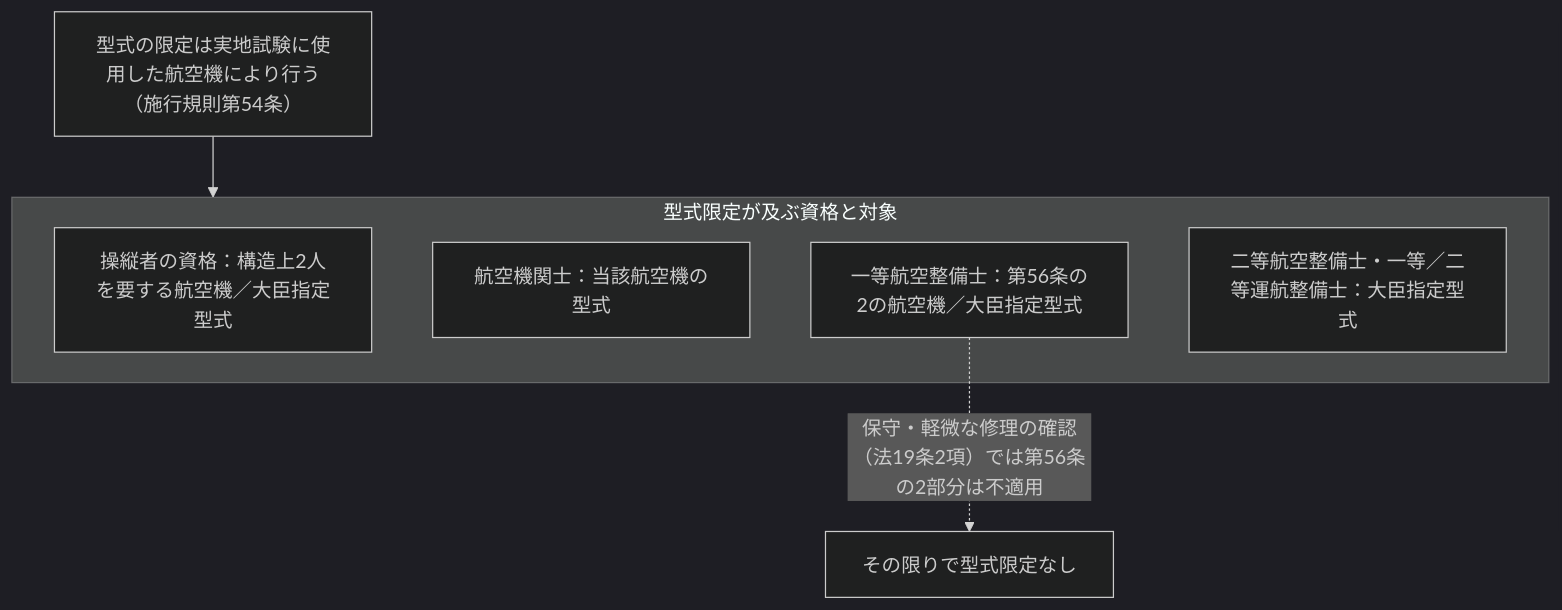
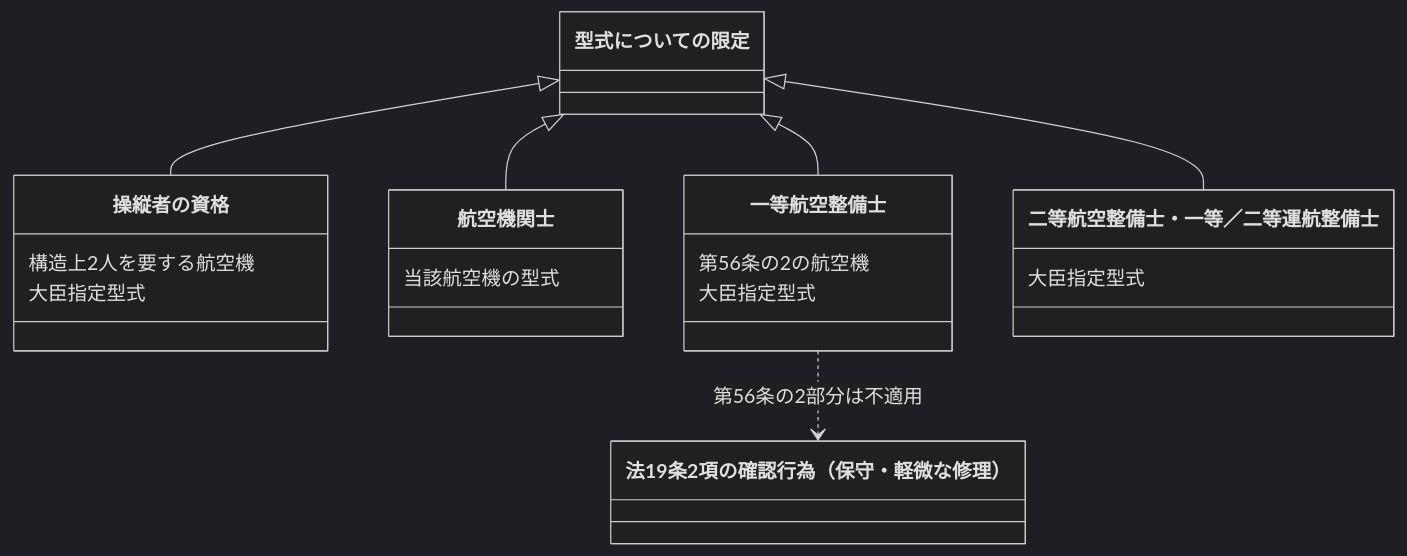
Before and after one commit to yonemotoBB/pil: the fifth of 22 diagrams in chapters/04_第四章.md, drawn with Mermaid (dark theme). The commit also changed other lines of this file, not shown here.

Commit message:
第二十五条施行規則の列挙系図(53条1項/54条/55条)をクラス図に変更

````diff
--- a/chapters/04_第四章.md
+++ b/chapters/04_第四章.md
@@ -320,14 +313,20 @@
 ```mermaid
-flowchart TD
-    R["型式の限定は実地試験に使用した航空機により行う<br>（施行規則第54条）"]
-
-    subgraph a[型式限定が及ぶ資格と対象]
-        O["操縦者の資格：構造上2人を要する航空機／大臣指定型式"]
-        E["航空機関士：当該航空機の型式"]
-        M1["一等航空整備士：第56条の2の航空機／大臣指定型式"]
-        M2["二等航空整備士・一等／二等運航整備士：大臣指定型式"]
-    end
-
-    R --> a
-    M1 -. 保守・軽微な修理の確認（法19条2項）では第56条の2部分は不適用 .-> X["その限りで型式限定なし"]
+classDiagram
+    class base["型式についての限定"]
+    class c1["操縦者の資格"]
+    c1 : 構造上2人を要する航空機
+    c1 : 大臣指定型式
+    class c2["航空機関士"]
+    c2 : 当該航空機の型式
+    class c3["一等航空整備士"]
+    c3 : 第56条の2の航空機
+    c3 : 大臣指定型式
+    class c4["二等航空整備士・一等／二等運航整備士"]
+    c4 : 大臣指定型式
+    base <|-- c1
+    base <|-- c2
+    base <|-- c3
+    base <|-- c4
+    class ex["法19条2項の確認行為（保守・軽微な修理）"]
+    c3 ..> ex : 第56条の2部分は不適用
 ```
````
